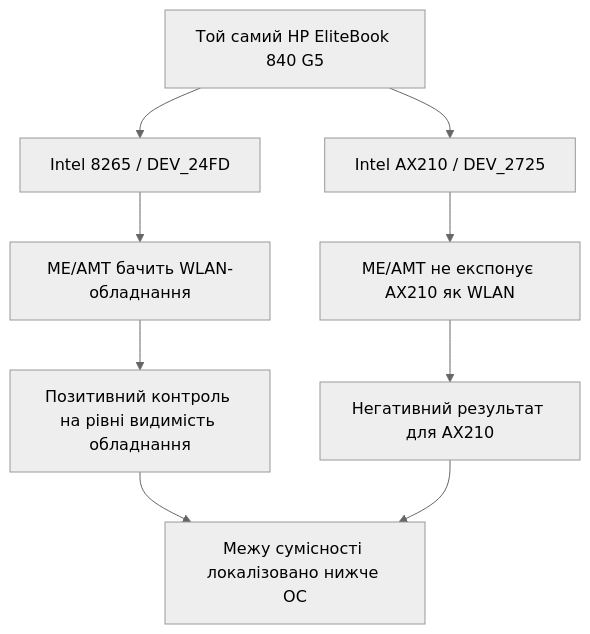
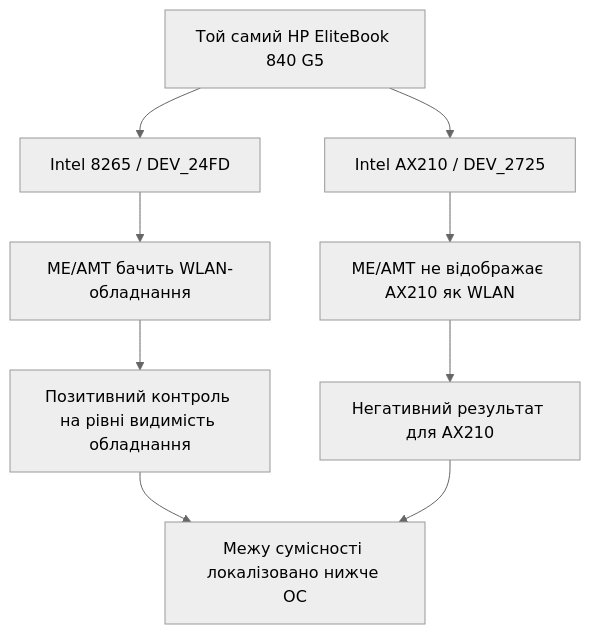
One commit to Tarasevych/hp-elitebook-840-g5-ax210-amt-wifi-compatibility-Ukrainian changed the second of 4 diagrams in README.md. Above: the diagram before and after it, drawn with Mermaid (neutral theme). The commit also changed other lines of this file and 22 other files, not shown here.

````diff
--- a/README.md
+++ b/README.md
@@ -98,14 +98,14 @@
 ```mermaid
 flowchart TB
     A["Той самий HP EliteBook 840 G5"] --> B["Intel 8265 / DEV_24FD"]
     A --> C["Intel AX210 / DEV_2725"]
 
     B --> D["ME/AMT бачить WLAN-обладнання"]
-    C --> E["ME/AMT не експонує AX210 як WLAN"]
+    C --> E["ME/AMT не відображає AX210 як WLAN"]
 
     D --> F["Позитивний контроль на рівні видимість обладнання"]
     E --> G["Негативний результат для AX210"]
 
     F --> H["Межу сумісності локалізовано нижче ОС"]
     G --> H
 ```
````
